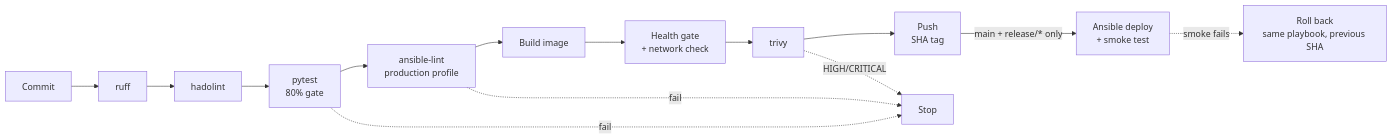
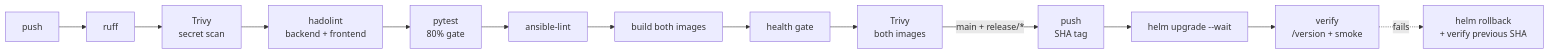
Before and after one commit to myloo23/MilanProjA-Szakdoga: the second of 2 diagrams in README.md, drawn with Mermaid. The commit also changed other lines of this file and 5 other files, not shown here.

````diff
--- a/README.md
+++ b/README.md
@@ -53,16 +91,10 @@
 ```mermaid
 flowchart LR
-    A[Commit] --> B[ruff]
-    B --> H[hadolint]
-    H --> C[pytest<br/>80% gate]
-    C --> AL[ansible-lint<br/>production profile]
-    AL --> D[Build image]
-    D --> S[Health gate<br/>+ network check]
-    S --> E[trivy]
-    E --> F[Push<br/>SHA tag]
-    F -->|main + release/* only| G[Ansible deploy<br/>+ smoke test]
-    C -.fail.-> X[Stop]
-    AL -.fail.-> X
-    E -.HIGH/CRITICAL.-> X
-    G -.smoke fails.-> R[Roll back<br/>same playbook, previous SHA]
+    A[push] --> B[ruff] --> S[Trivy<br/>secret scan] --> H[hadolint<br/>backend + frontend]
+    H --> T[pytest<br/>80% gate] --> AL[ansible-lint]
+    AL --> D[build both images] --> HG[health gate] --> TV[Trivy<br/>both images]
+    TV -->|main + release/*| P[push<br/>SHA tag]
+    P --> HU[helm upgrade --wait]
+    HU --> V[verify<br/>/version + smoke]
+    V -.fails.-> R[helm rollback<br/>+ verify previous SHA]
 ```
````
